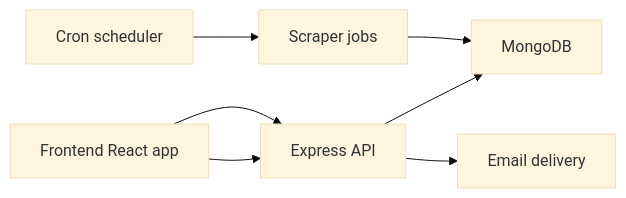
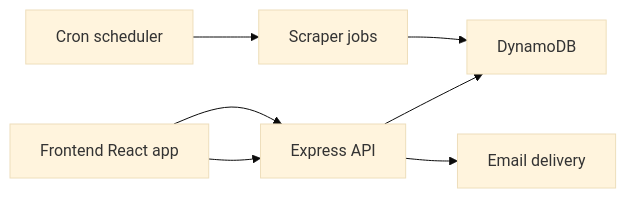
Before and after one commit to Jagdish-Padhi/HackDekh: the diagram in docs/Architecture.md, drawn with Mermaid (base theme). The commit also changed other lines of this file and 1 other file, not shown here.

Commit message:
docs: update Architecture and Scraper-System docs for DynamoDB

````diff
--- a/docs/Architecture.md
+++ b/docs/Architecture.md
@@ -26,9 +27,9 @@
 ```mermaid
 flowchart LR
-  A[Scraper jobs] --> B[MongoDB]
+  A[Scraper jobs] --> B[DynamoDB]
   C[Frontend React app] --> D[Express API]
   D --> B
   D --> E[Email delivery]
   F[Cron scheduler] --> A
   C --> D
 ```
````
